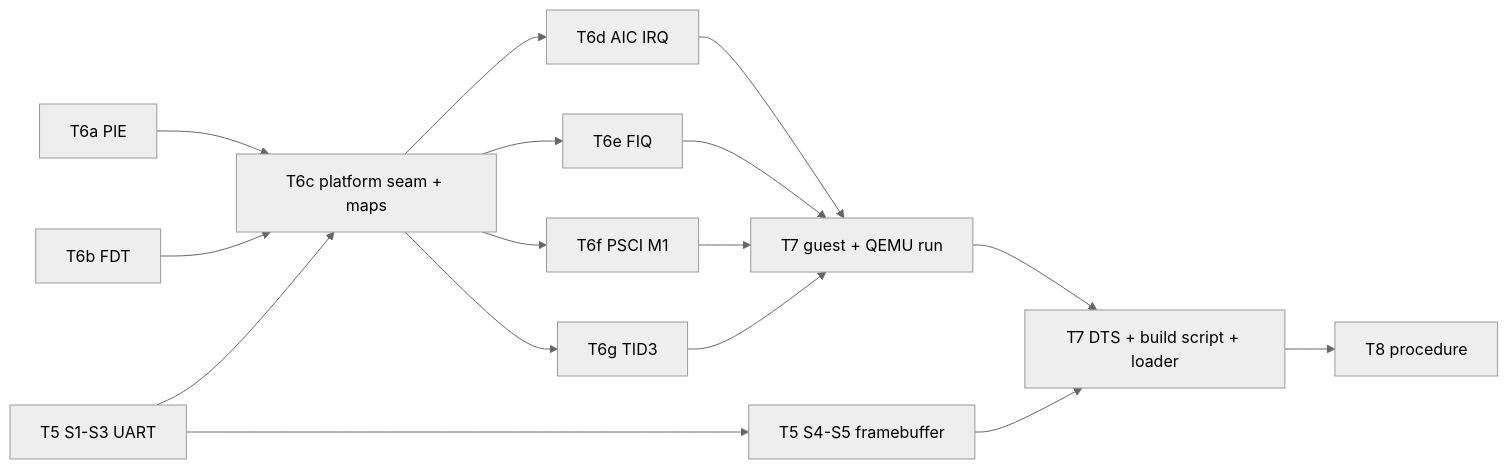
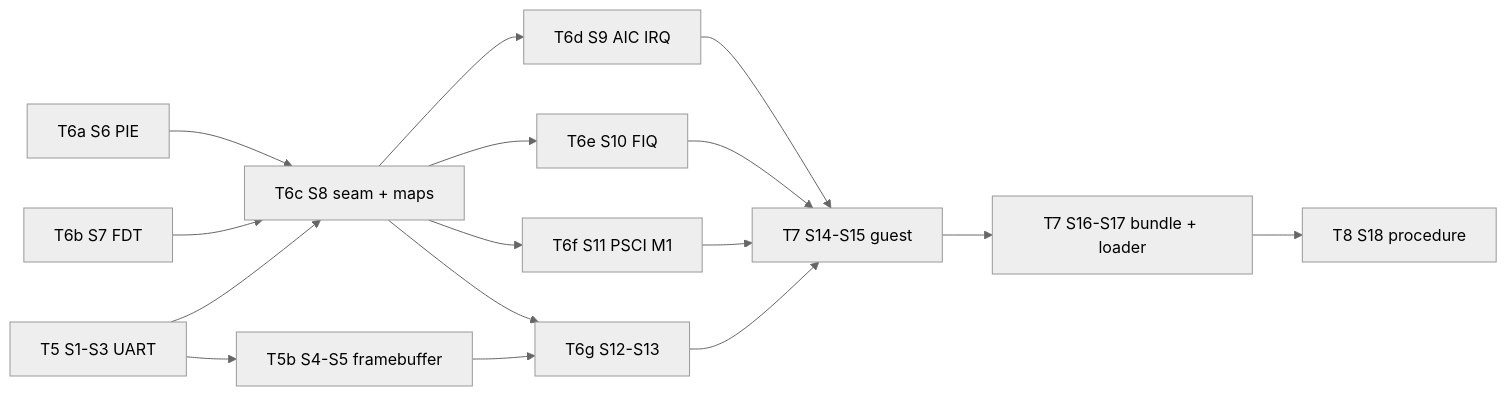
Before and after one commit to ZonatedCord/WatariBoot: the diagram in docs/design/watari-el2-m1boot/PLAN.md, drawn with Mermaid (neutral theme). The commit also changed other lines of this file and 4 other files, not shown here.

````diff
--- a/docs/design/watari-el2-m1boot/PLAN.md
+++ b/docs/design/watari-el2-m1boot/PLAN.md
@@ -17,18 +35,18 @@
 ```mermaid
 flowchart LR
-  S1[T5 S1-S3 UART] --> S4[T5 S4-S5 framebuffer]
-  S6[T6a PIE] --> S8[T6c platform seam + maps]
-  S7[T6b FDT] --> S8
+  S1[T5 S1-S3 UART] --> S4[T5b S4-S5 framebuffer]
+  S6[T6a S6 PIE] --> S8[T6c S8 seam + maps]
+  S7[T6b S7 FDT] --> S8
   S1 --> S8
-  S8 --> S9[T6d AIC IRQ]
-  S8 --> S10[T6e FIQ]
-  S8 --> S11[T6f PSCI M1]
-  S8 --> S12[T6g TID3]
-  S9 --> S14[T7 guest + QEMU run]
+  S8 --> S9[T6d S9 AIC IRQ]
+  S8 --> S10[T6e S10 FIQ]
+  S8 --> S11[T6f S11 PSCI M1]
+  S8 --> S12[T6g S12-S13]
+  S4 --> S12
+  S9 --> S14[T7 S14-S15 guest]
   S10 --> S14
   S11 --> S14
   S12 --> S14
-  S14 --> S16[T7 DTS + build script + loader]
-  S4 --> S16
-  S16 --> S18[T8 procedure]
+  S14 --> S16[T7 S16-S17 bundle + loader]
+  S16 --> S18[T8 S18 procedure]
 ```
````
